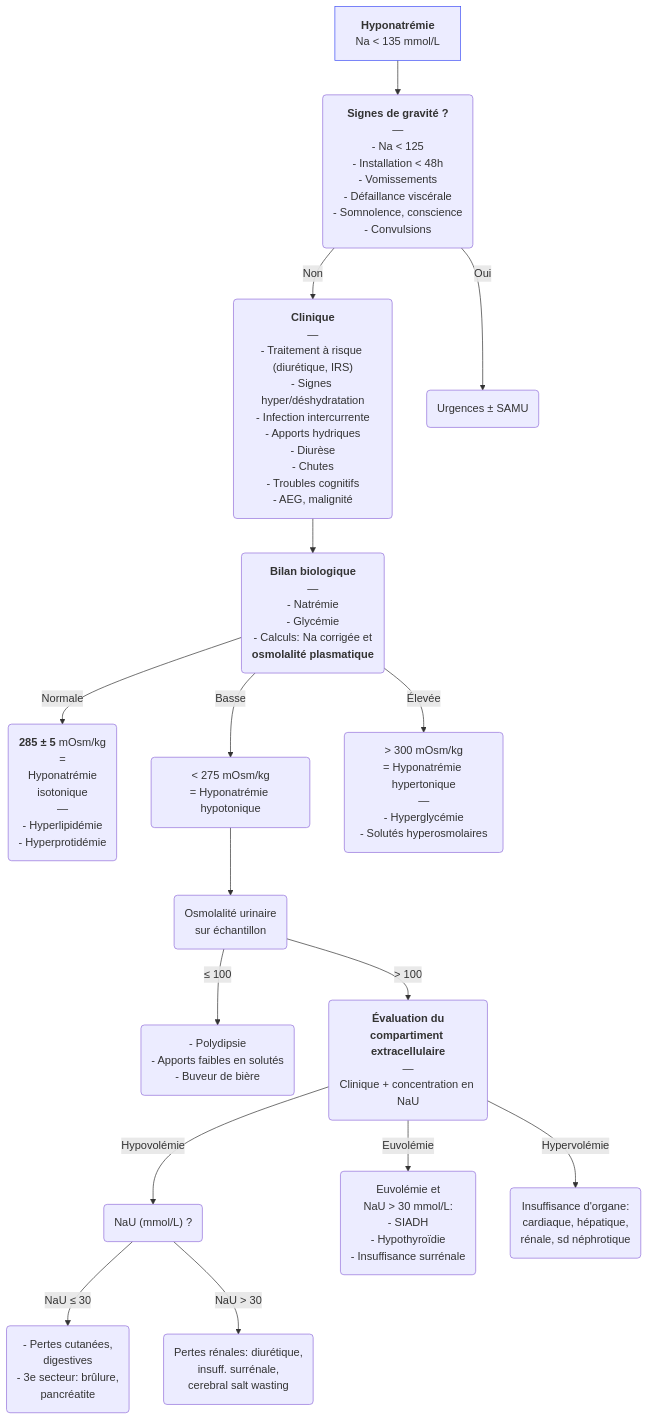
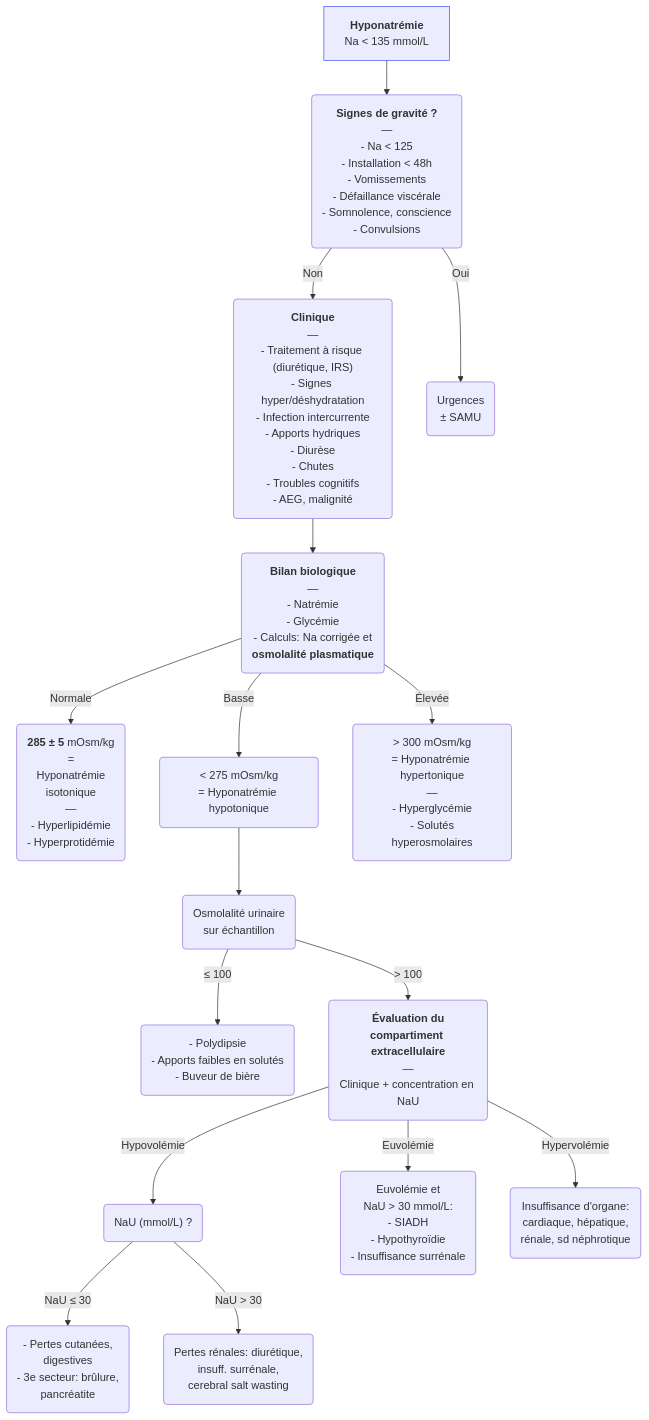
One commit to djibe/recommandations-medicales changed the diagram in content/recommandations/hyponatremie.md. Above: the diagram before and after it, drawn with Mermaid. The commit also changed 2 other files, not shown here.

Commit message:
Minor edit

```diff
--- a/content/recommandations/hyponatremie.md
+++ b/content/recommandations/hyponatremie.md
@@ -206,15 +206,15 @@
 {{< mermaid title="Conduite à tenir pour la prise en charge d'une hyponatrémie. Dr JB Fron d'après CUEN 2025, Jacob et al et ERBP" >}}
 graph TB
 hyponatrémie["<b>Hyponatrémie</b><br>Na &lt; 135 mmol/L"] --> gravité("<b>Signes de gravité ?</b><br>—<br>- Na &lt; 125<br>- Installation &lt; 48h<br>- Vomissements<br>- Défaillance viscérale<br>- Somnolence, conscience<br>- Convulsions")
 style hyponatrémie stroke:#4150f5, stroke-width:1px
 gravité -- Non --> clinique("<b>Clinique</b><br>—<br>- Traitement à risque (diurétique, IRS)<br>- Signes hyper/déshydratation<br>- Infection intercurrente<br>- Apports hydriques<br>- Diurèse<br>- Chutes<br>- Troubles cognitifs<br>- AEG, malignité") --> bilan("<b>Bilan biologique</b><br>—<br>- Natrémie<br>- Glycémie<br>- Calculs: Na corrigée et<br><b>osmolalité plasmatique</b>")
     bilan -- Normale --> normale("<b>285 ± 5</b> mOsm/kg<br>=<br>Hyponatrémie<br>isotonique<br>—<br>- Hyperlipidémie<br>- Hyperprotidémie")
     bilan -- Basse --> basse("&lt; 275 mOsm/kg<br>= Hyponatrémie hypotonique") --> osmU(Osmolalité urinaire<br>sur échantillon) -- "≤ 100" --> NaUbasse("- Polydipsie<br>- Apports faibles en solutés<br>- Buveur de bière")
       osmU -- "&gt; 100" --> extracellulaire("<b>Évaluation du<br>compartiment extracellulaire</b><br>—<br>Clinique + concentration en NaU")
        extracellulaire -- Hypovolémie --> hypovolémie("NaU (mmol/L) ?") -- "NaU ≤ 30" --> pertes("- Pertes cutanées,<br>digestives<br>- 3e secteur: brûlure,<br>pancréatite")
         hypovolémie -- "NaU &gt; 30" --> rénal("Pertes rénales: diurétique,<br>insuff. surrénale,<br>cerebral salt wasting")
       extracellulaire -- Euvolémie --> euvolémie("Euvolémie et<br>NaU &gt; 30 mmol/L:<br>- SIADH<br>- Hypothyroïdie<br>- Insuffisance surrénale")
       extracellulaire -- Hypervolémie --> hypervolémie("Insuffisance d'organe:<br>cardiaque, hépatique,<br>rénale, sd néphrotique")
-    bilan -- Élevée --> élevée("&gt; 300 mOsm/kg<br>= Hyponatrémie hypertonique<br>—<br>- Hyperglycémie<br>- Solutés hyperosmolaires")
-  gravité -- Oui --> urgence("Urgences ± SAMU")
+    bilan -- Élevée --> élevée("&gt; 300 mOsm/kg<br>= Hyponatrémie hypertonique<br>—<br>- Hyperglycémie<br>- Solutés<br>hyperosmolaires")
+  gravité -- Oui --> urgence("Urgences<br>± SAMU")
 {{< /mermaid >}}
```
